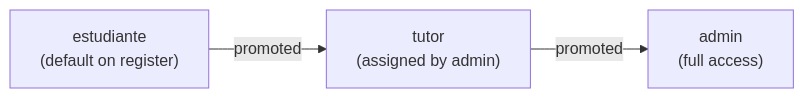
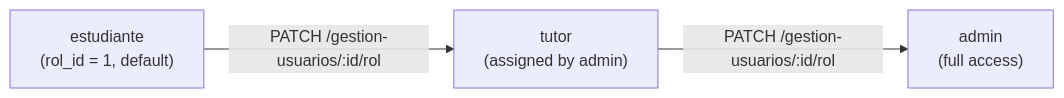
Before and after one commit to EciWise/EciWise.github.io: diagram 14 of 16 in how/auth-service.md, drawn with Mermaid. The commit also changed other lines of this file and 10 other files, not shown here.

First line of the commit message:
Enhance documentation with C4 model diagrams for notifications, study, talk, and tutoring services

````diff
--- a/how/auth-service.md
+++ b/how/auth-service.md
@@ -274,8 +761,8 @@
 ```mermaid
 graph LR
-    estudiante["estudiante\n(default on register)"]
+    estudiante["estudiante\n(rol_id = 1, default)"]
     tutor["tutor\n(assigned by admin)"]
     admin["admin\n(full access)"]
-    estudiante -->|promoted| tutor
-    tutor -->|promoted| admin
+    estudiante -->|"PATCH /gestion-usuarios/:id/rol"| tutor
+    tutor -->|"PATCH /gestion-usuarios/:id/rol"| admin
 ```
````
